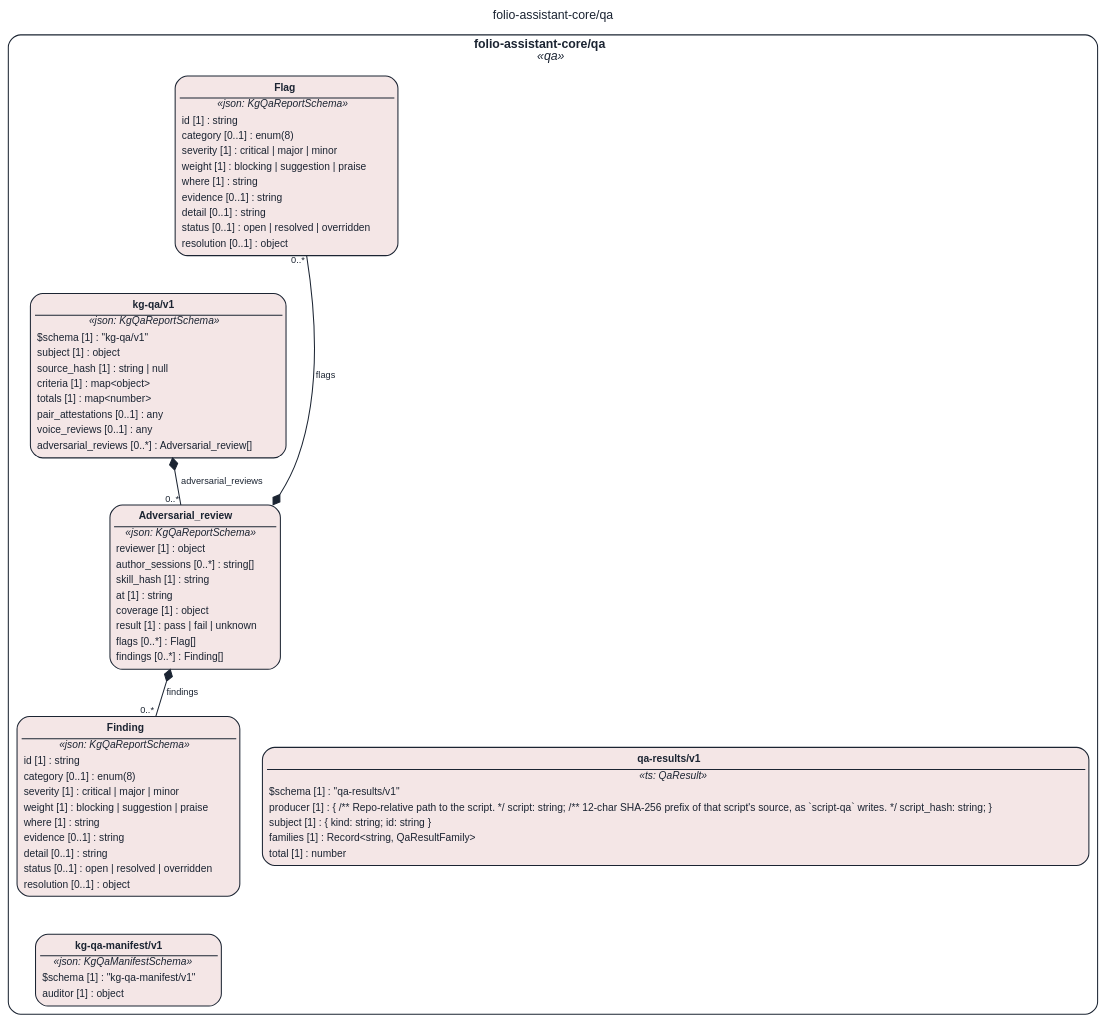
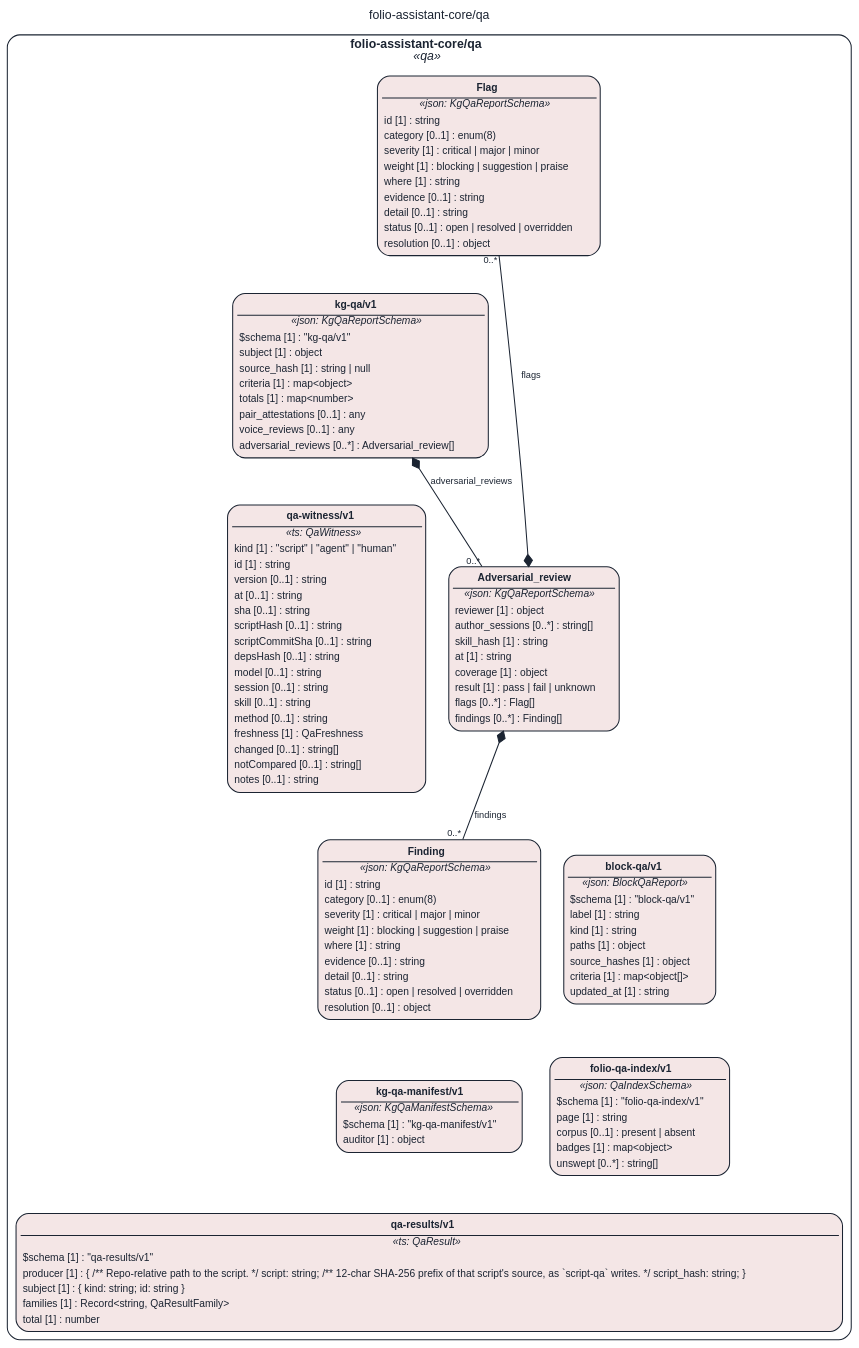
The diagram in assets/img/uml/overview/folio-assistant-core/qa.dot (litlfred/folio-assistant), drawn with Graphviz before and after one commit. The commit also changed 6156 other files, not shown here.

```diff
--- a/assets/img/uml/overview/folio-assistant-core/qa.dot
+++ b/assets/img/uml/overview/folio-assistant-core/qa.dot
@@ -1,22 +1,28 @@
 // GENERATED by cat-harness-tools/scripts/gen-uml-overview.ts — do not edit.
 // Rendered page (interactive view, same model): https://litlfred.github.io/folio-assistant/uml/overview/folio-assistant-core/qa.html
 digraph "folio_assistant_core_qa" {
   graph [label="folio-assistant-core/qa", labelloc=t, fontname="Helvetica", fontsize=12, fontcolor="#1b2432", newrank=true, ratio=auto, nodesep=0.3, ranksep=0.5, bgcolor="transparent"];
   node [shape=box, style="rounded,filled", margin=0.05, fontname="Helvetica", fontsize=10, color="#1b2432", fontcolor="#1b2432"];
   edge [color="#1b2432", fontcolor="#1b2432", fontname="Helvetica", fontsize=9];
   subgraph "cluster_pkg_folio_assistant_core_qa" {
     label=<<b>folio-assistant-core/qa</b><br/><i>«qa»</i>>; style="rounded"; color="#1b2432"; class="fa_uml_subgraph";
     "folio_assistant_core_qa_kg_qa_v1_Flag" [fillcolor="#f4e6e6", class="fa_uml_kind_qa", label=<<table border="0" cellborder="0" cellspacing="0" cellpadding="2"><tr><td border="1" sides="b"><b>Flag</b></td></tr><tr><td><i>«json: KgQaReportSchema»</i></td></tr><tr><td align="left">id [1] : string</td></tr><tr><td align="left">category [0..1] : enum(8)</td></tr><tr><td align="left">severity [1] : critical | major | minor</td></tr><tr><td align="left">weight [1] : blocking | suggestion | praise</td></tr><tr><td align="left">where [1] : string</td></tr><tr><td align="left">evidence [0..1] : string</td></tr><tr><td align="left">detail [0..1] : string</td></tr><tr><td align="left">status [0..1] : open | resolved | overridden</td></tr><tr><td align="left">resolution [0..1] : object</td></tr></table>>];
     "folio_assistant_core_qa_kg_qa_v1_Finding" [fillcolor="#f4e6e6", class="fa_uml_kind_qa", label=<<table border="0" cellborder="0" cellspacing="0" cellpadding="2"><tr><td border="1" sides="b"><b>Finding</b></td></tr><tr><td><i>«json: KgQaReportSchema»</i></td></tr><tr><td align="left">id [1] : string</td></tr><tr><td align="left">category [0..1] : enum(8)</td></tr><tr><td align="left">severity [1] : critical | major | minor</td></tr><tr><td align="left">weight [1] : blocking | suggestion | praise</td></tr><tr><td align="left">where [1] : string</td></tr><tr><td align="left">evidence [0..1] : string</td></tr><tr><td align="left">detail [0..1] : string</td></tr><tr><td align="left">status [0..1] : open | resolved | overridden</td></tr><tr><td align="left">resolution [0..1] : object</td></tr></table>>];
     "folio_assistant_core_qa_kg_qa_v1_Adversarial_review" [fillcolor="#f4e6e6", class="fa_uml_kind_qa", label=<<table border="0" cellborder="0" cellspacing="0" cellpadding="2"><tr><td border="1" sides="b"><b>Adversarial_review</b></td></tr><tr><td><i>«json: KgQaReportSchema»</i></td></tr><tr><td align="left">reviewer [1] : object</td></tr><tr><td align="left">author_sessions [0..*] : string[]</td></tr><tr><td align="left">skill_hash [1] : string</td></tr><tr><td align="left">at [1] : string</td></tr><tr><td align="left">coverage [1] : object</td></tr><tr><td align="left">result [1] : pass | fail | unknown</td></tr><tr><td align="left">flags [0..*] : Flag[]</td></tr><tr><td align="left">findings [0..*] : Finding[]</td></tr></table>>];
     "folio_assistant_core_qa_kg_qa_v1_kg_qa_v1" [fillcolor="#f4e6e6", class="fa_uml_kind_qa", label=<<table border="0" cellborder="0" cellspacing="0" cellpadding="2"><tr><td border="1" sides="b"><b>kg-qa/v1</b></td></tr><tr><td><i>«json: KgQaReportSchema»</i></td></tr><tr><td align="left">$schema [1] : &quot;kg-qa/v1&quot;</td></tr><tr><td align="left">subject [1] : object</td></tr><tr><td align="left">source_hash [1] : string | null</td></tr><tr><td align="left">criteria [1] : map&lt;object&gt;</td></tr><tr><td align="left">totals [1] : map&lt;number&gt;</td></tr><tr><td align="left">pair_attestations [0..1] : any</td></tr><tr><td align="left">voice_reviews [0..1] : any</td></tr><tr><td align="left">adversarial_reviews [0..*] : Adversarial_review[]</td></tr></table>>];
     "folio_assistant_core_qa_kg_qa_manifest_v1_kg_qa_manifest_v1" [fillcolor="#f4e6e6", class="fa_uml_kind_qa", label=<<table border="0" cellborder="0" cellspacing="0" cellpadding="2"><tr><td border="1" sides="b"><b>kg-qa-manifest/v1</b></td></tr><tr><td><i>«json: KgQaManifestSchema»</i></td></tr><tr><td align="left">$schema [1] : &quot;kg-qa-manifest/v1&quot;</td></tr><tr><td align="left">auditor [1] : object</td></tr></table>>];
+    "folio_assistant_core_qa_block_qa_v1_block_qa_v1" [fillcolor="#f4e6e6", class="fa_uml_kind_qa", label=<<table border="0" cellborder="0" cellspacing="0" cellpadding="2"><tr><td border="1" sides="b"><b>block-qa/v1</b></td></tr><tr><td><i>«json: BlockQaReport»</i></td></tr><tr><td align="left">$schema [1] : &quot;block-qa/v1&quot;</td></tr><tr><td align="left">label [1] : string</td></tr><tr><td align="left">kind [1] : string</td></tr><tr><td align="left">paths [1] : object</td></tr><tr><td align="left">source_hashes [1] : object</td></tr><tr><td align="left">criteria [1] : map&lt;object[]&gt;</td></tr><tr><td align="left">updated_at [1] : string</td></tr></table>>];
+    "folio_assistant_core_qa_qa_witness_v1" [fillcolor="#f4e6e6", class="fa_uml_kind_qa", label=<<table border="0" cellborder="0" cellspacing="0" cellpadding="2"><tr><td border="1" sides="b"><b>qa-witness/v1</b></td></tr><tr><td><i>«ts: QaWitness»</i></td></tr><tr><td align="left">kind [1] : &quot;script&quot; | &quot;agent&quot; | &quot;human&quot;</td></tr><tr><td align="left">id [1] : string</td></tr><tr><td align="left">version [0..1] : string</td></tr><tr><td align="left">at [0..1] : string</td></tr><tr><td align="left">sha [0..1] : string</td></tr><tr><td align="left">scriptHash [0..1] : string</td></tr><tr><td align="left">scriptCommitSha [0..1] : string</td></tr><tr><td align="left">depsHash [0..1] : string</td></tr><tr><td align="left">model [0..1] : string</td></tr><tr><td align="left">session [0..1] : string</td></tr><tr><td align="left">skill [0..1] : string</td></tr><tr><td align="left">method [0..1] : string</td></tr><tr><td align="left">freshness [1] : QaFreshness</td></tr><tr><td align="left">changed [0..1] : string[]</td></tr><tr><td align="left">notCompared [0..1] : string[]</td></tr><tr><td align="left">notes [0..1] : string</td></tr></table>>];
     "folio_assistant_core_qa_qa_results_v1" [fillcolor="#f4e6e6", class="fa_uml_kind_qa", label=<<table border="0" cellborder="0" cellspacing="0" cellpadding="2"><tr><td border="1" sides="b"><b>qa-results/v1</b></td></tr><tr><td><i>«ts: QaResult»</i></td></tr><tr><td align="left">$schema [1] : &quot;qa-results/v1&quot;</td></tr><tr><td align="left">producer [1] : { /** Repo-relative path to the script. */ script: string; /** 12-char SHA-256 prefix of that script's source, as `script-qa` writes. */ script_hash: string; }</td></tr><tr><td align="left">subject [1] : { kind: string; id: string }</td></tr><tr><td align="left">families [1] : Record&lt;string, QaResultFamily&gt;</td></tr><tr><td align="left">total [1] : number</td></tr></table>>];
+    "folio_assistant_core_qa_folio_qa_index_v1_folio_qa_index_v1" [fillcolor="#f4e6e6", class="fa_uml_kind_qa", label=<<table border="0" cellborder="0" cellspacing="0" cellpadding="2"><tr><td border="1" sides="b"><b>folio-qa-index/v1</b></td></tr><tr><td><i>«json: QaIndexSchema»</i></td></tr><tr><td align="left">$schema [1] : &quot;folio-qa-index/v1&quot;</td></tr><tr><td align="left">page [1] : string</td></tr><tr><td align="left">corpus [0..1] : present | absent</td></tr><tr><td align="left">badges [1] : map&lt;object&gt;</td></tr><tr><td align="left">unswept [0..*] : string[]</td></tr></table>>];
   }
   "folio_assistant_core_qa_kg_qa_v1_Adversarial_review" -> "folio_assistant_core_qa_kg_qa_v1_Flag" [dir=both, arrowtail=diamond, arrowhead=none, label="flags", headlabel="0..*", class="fa_uml_composition"];
   "folio_assistant_core_qa_kg_qa_v1_Adversarial_review" -> "folio_assistant_core_qa_kg_qa_v1_Finding" [dir=both, arrowtail=diamond, arrowhead=none, label="findings", headlabel="0..*", class="fa_uml_composition"];
   "folio_assistant_core_qa_kg_qa_v1_kg_qa_v1" -> "folio_assistant_core_qa_kg_qa_v1_Adversarial_review" [dir=both, arrowtail=diamond, arrowhead=none, label="adversarial_reviews", headlabel="0..*", class="fa_uml_composition"];
   "folio_assistant_core_qa_kg_qa_v1_Flag" -> "folio_assistant_core_qa_kg_qa_v1_kg_qa_v1" [style=invis, class="kg-graph-anchor"];
   "folio_assistant_core_qa_kg_qa_v1_Finding" -> "folio_assistant_core_qa_kg_qa_manifest_v1_kg_qa_manifest_v1" [style=invis, class="kg-graph-anchor"];
-  "folio_assistant_core_qa_kg_qa_v1_Adversarial_review" -> "folio_assistant_core_qa_qa_results_v1" [style=invis, class="kg-graph-anchor"];
+  "folio_assistant_core_qa_kg_qa_v1_Adversarial_review" -> "folio_assistant_core_qa_block_qa_v1_block_qa_v1" [style=invis, class="kg-graph-anchor"];
+  "folio_assistant_core_qa_kg_qa_v1_kg_qa_v1" -> "folio_assistant_core_qa_qa_witness_v1" [style=invis, class="kg-graph-anchor"];
+  "folio_assistant_core_qa_kg_qa_manifest_v1_kg_qa_manifest_v1" -> "folio_assistant_core_qa_qa_results_v1" [style=invis, class="kg-graph-anchor"];
+  "folio_assistant_core_qa_block_qa_v1_block_qa_v1" -> "folio_assistant_core_qa_folio_qa_index_v1_folio_qa_index_v1" [style=invis, class="kg-graph-anchor"];
 }
```
